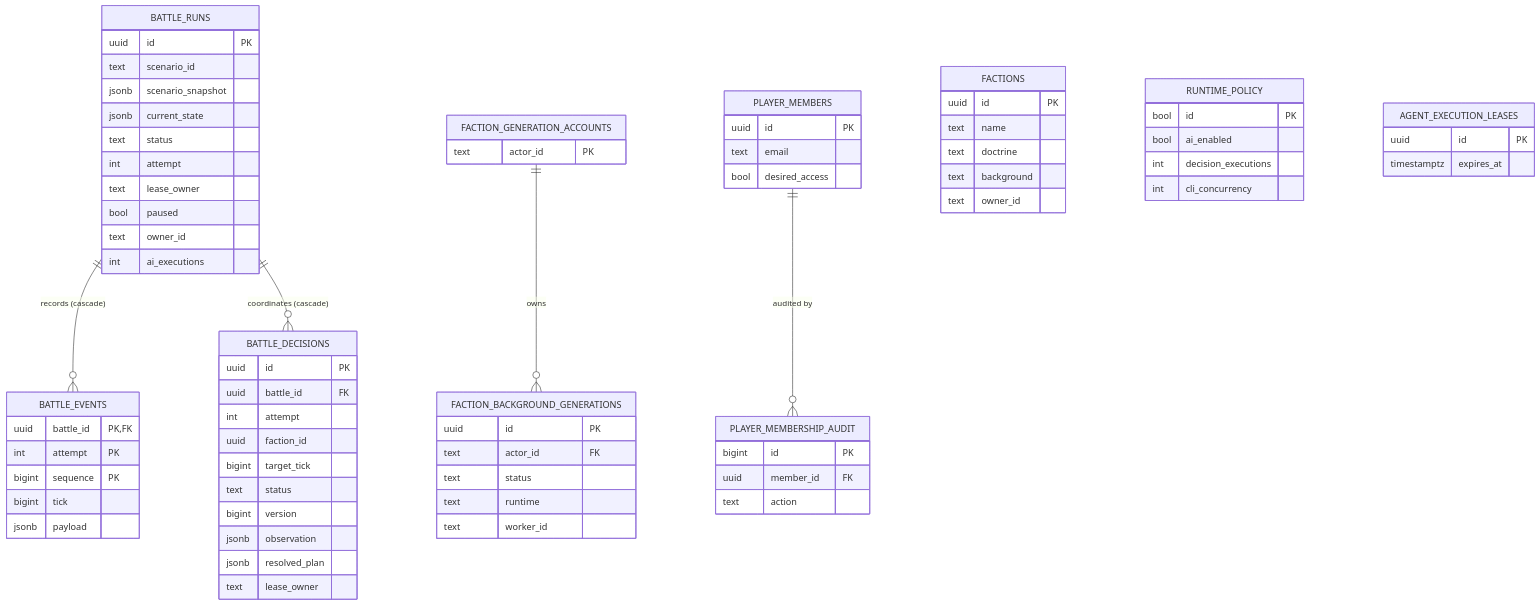
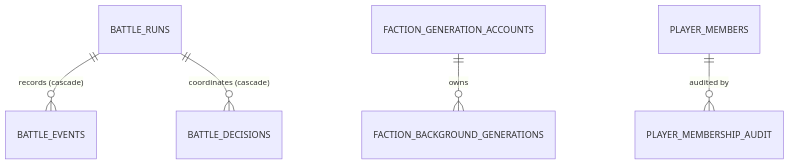
The diagram in docs/architecture/database.md (twhAuto/autonomous_battlefield), drawn with Mermaid before and after one commit. The commit also changed other lines of this file, not shown here.

Commit message:
AB-144: trim database.md to the schema and coordination contract
Replace the column-listing ER diagram (unreadably wide, partial copies of
the schema) with the four foreign-key relationships, verified against
the migrations. Drop the per-migration inventory, since each file is
self-describing and embed_test.go enforces its header comment, and the
related-guides list that repeated inline links. 286 -> 197 lines.

````diff
--- a/docs/architecture/database.md
+++ b/docs/architecture/database.md
@@ -67,76 +67,7 @@
 ```mermaid
 erDiagram
     BATTLE_RUNS ||--o{ BATTLE_EVENTS : "records (cascade)"
     BATTLE_RUNS ||--o{ BATTLE_DECISIONS : "coordinates (cascade)"
-    FACTION_GENERATION_ACCOUNTS ||--o{ FACTION_BACKGROUND_GENERATIONS : "owns"
+    FACTION_GENERATION_ACCOUNTS ||--o{ FACTION_BACKGROUND_GENERATIONS : owns
     PLAYER_MEMBERS ||--o{ PLAYER_MEMBERSHIP_AUDIT : "audited by"
-
-    FACTIONS {
-        uuid id PK
-        text name
-        text doctrine
-        text background
-        text owner_id
-    }
-    BATTLE_RUNS {
-        uuid id PK
-        text scenario_id
-        jsonb scenario_snapshot
-        jsonb current_state
-        text status
-        int attempt
-        text lease_owner
-        bool paused
-        text owner_id
-        int ai_executions
-    }
-    BATTLE_EVENTS {
-        uuid battle_id PK,FK
-        int attempt PK
-        bigint sequence PK
-        bigint tick
-        jsonb payload
-    }
-    BATTLE_DECISIONS {
-        uuid id PK
-        uuid battle_id FK
-        int attempt
-        uuid faction_id
-        bigint target_tick
-        text status
-        bigint version
-        jsonb observation
-        jsonb resolved_plan
-        text lease_owner
-    }
-    FACTION_GENERATION_ACCOUNTS {
-        text actor_id PK
-    }
-    FACTION_BACKGROUND_GENERATIONS {
-        uuid id PK
-        text actor_id FK
-        text status
-        text runtime
-        text worker_id
-    }
-    PLAYER_MEMBERS {
-        uuid id PK
-        text email
-        bool desired_access
-    }
-    PLAYER_MEMBERSHIP_AUDIT {
-        bigint id PK
-        uuid member_id FK
-        text action
-    }
-    RUNTIME_POLICY {
-        bool id PK
-        bool ai_enabled
-        int decision_executions
-        int cli_concurrency
-    }
-    AGENT_EXECUTION_LEASES {
-        uuid id PK
-        timestamptz expires_at
-    }
 ```
````
